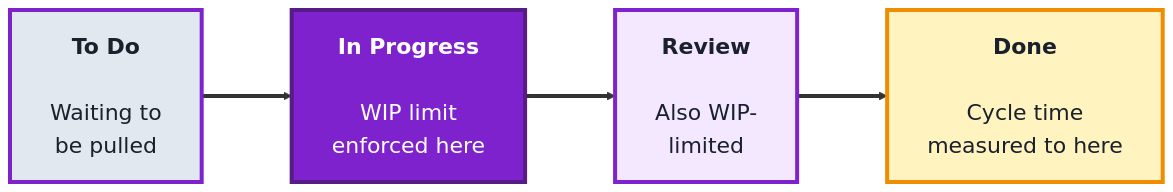
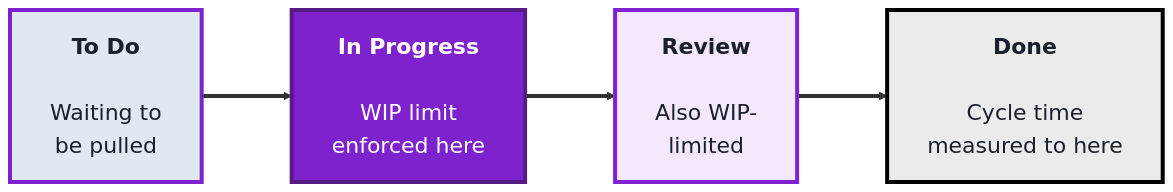
The second of 3 diagrams in src/Pages/courses/TechPO/agile-module.md (SHEMODELTECH/shemodeltech), drawn with Mermaid before and after one commit. The commit also changed other lines of this file and 46 other files, not shown here.

````diff
--- a/src/Pages/courses/TechPO/agile-module.md
+++ b/src/Pages/courses/TechPO/agile-module.md
@@ -130,16 +130,16 @@
 ```mermaid
 %%{init: {'theme':'base', 'themeVariables': {'fontSize':'22px', 'primaryTextColor':'#1a202c', 'primaryBorderColor':'#7e22ce', 'lineColor':'#333333'}, 'flowchart': {'nodeSpacing': 70, 'rankSpacing': 90, 'padding': 20}}}%%
 flowchart LR
     TD["<b>To Do</b><br/><br/>Waiting to<br/>be pulled"]
     IP["<b>In Progress</b><br/><br/>WIP limit<br/>enforced here"]
     R["<b>Review</b><br/><br/>Also WIP-<br/>limited"]
     D["<b>Done</b><br/><br/>Cycle time<br/>measured to here"]
 
     TD ==> IP ==> R ==> D
 
     style TD fill:#e2e8f0,color:#1a202c,stroke:#7e22ce,stroke-width:4px
     style IP fill:#7e22ce,color:#fff,stroke:#581c87,stroke-width:4px
     style R fill:#f3e8ff,color:#1a202c,stroke:#7e22ce,stroke-width:4px
-    style D fill:#fff3bf,color:#1a202c,stroke:#f08c00,stroke-width:4px
+    style D fill:#EBEBEB,color:#1a202c,stroke:#000000,stroke-width:4px
     linkStyle default stroke-width:4px,stroke:#333333
 ```
````
